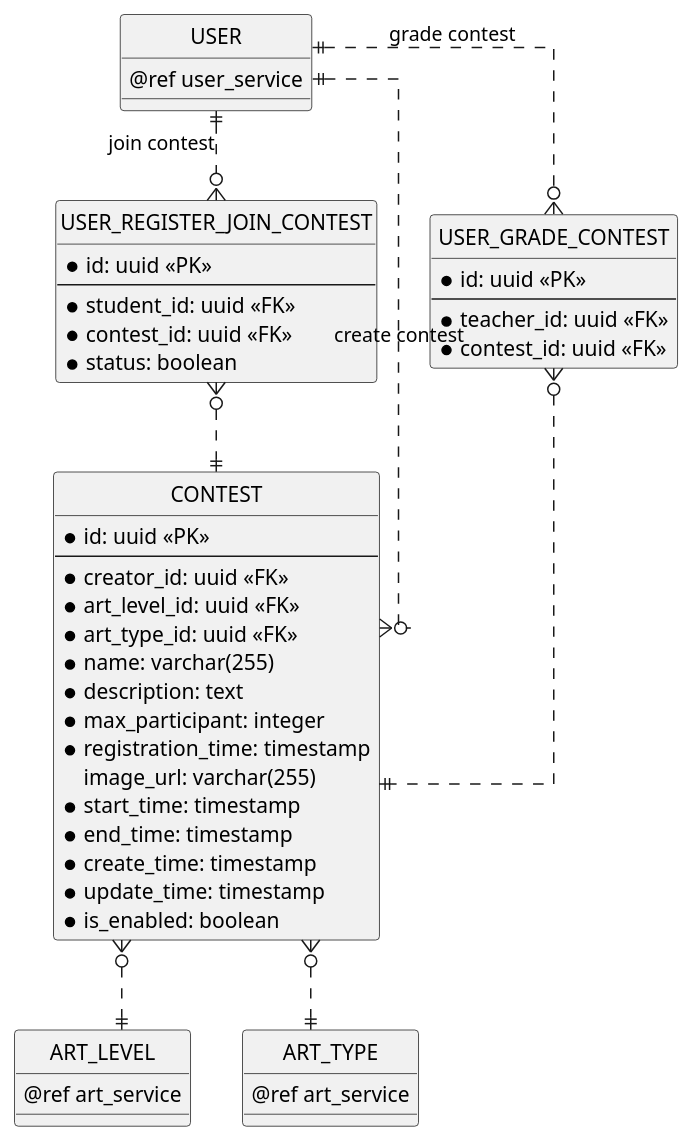
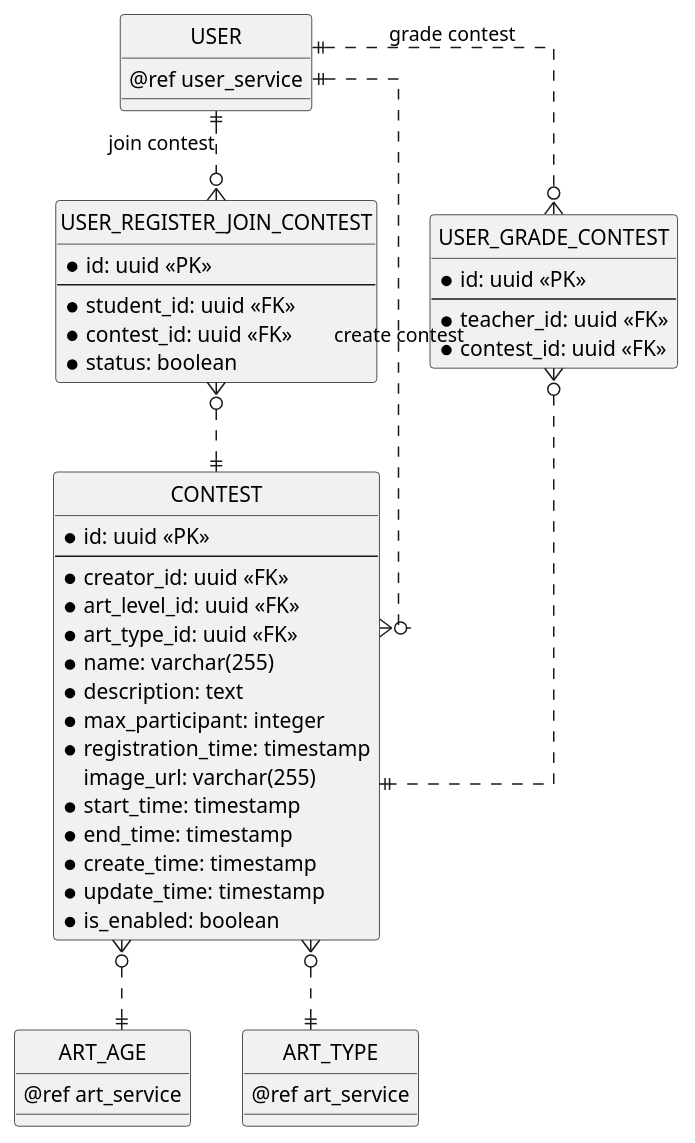
One commit to chungnguyenbkcse/ERD-USECASE-KIDSDRAWING changed the fourth of 14 diagrams in erd.md. Above: the diagram before and after it, drawn with PlantUML. The commit also changed other lines of this file, not shown here.

Commit message:
edit art

````diff
--- a/erd.md
+++ b/erd.md
@@ -165,64 +165,64 @@
 ```plantuml
 @startuml contest_service
 ' hide the spot
 hide circle
 
 ' avoid problems with angled crows feet
 skinparam linetype ortho
 
 entity "USER" as user {
     @ref user_service
 }
 
-entity "ART_LEVEL" as art_level {
+entity "ART_AGE" as art_age {
     @ref art_service
 }
 
 entity "ART_TYPE" as art_type {
     @ref art_service
 }
 
 entity "CONTEST" as contest {
     * id: uuid <<PK>>
     --
     * creator_id: uuid <<FK>>
     * art_level_id: uuid <<FK>>
     * art_type_id: uuid <<FK>>
     * name: varchar(255)
     * description: text
     * max_participant: integer
     * registration_time: timestamp
     image_url: varchar(255)
     * start_time: timestamp
     * end_time: timestamp
     * create_time: timestamp
     * update_time: timestamp
     * is_enabled: boolean
 }
 
 entity "USER_REGISTER_JOIN_CONTEST" as user_register_join_contest {
     * id: uuid <<PK>>
     --
     * student_id: uuid <<FK>>
     * contest_id: uuid <<FK>>
     * status: boolean
 }
 
 entity "USER_GRADE_CONTEST" as user_grade_contest {
     * id: uuid <<PK>>
     --
     * teacher_id: uuid <<FK>>
     * contest_id: uuid <<FK>>
 }
 
 ' Contest Relationship
 
 user ||..o{ contest: create contest
 user ||..o{ user_register_join_contest: join contest
 user_register_join_contest }o..|| contest
-contest }o..|| art_level
+contest }o..|| art_age
 contest }o..|| art_type
 user ||..o{ user_grade_contest: grade contest
 user_grade_contest }o..|| contest
 @enduml
 ```
````
